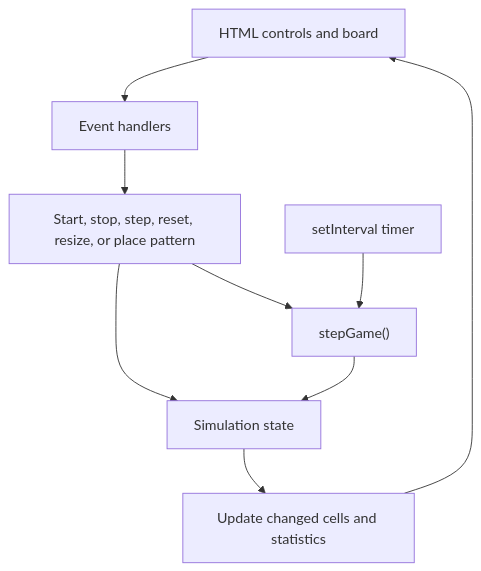
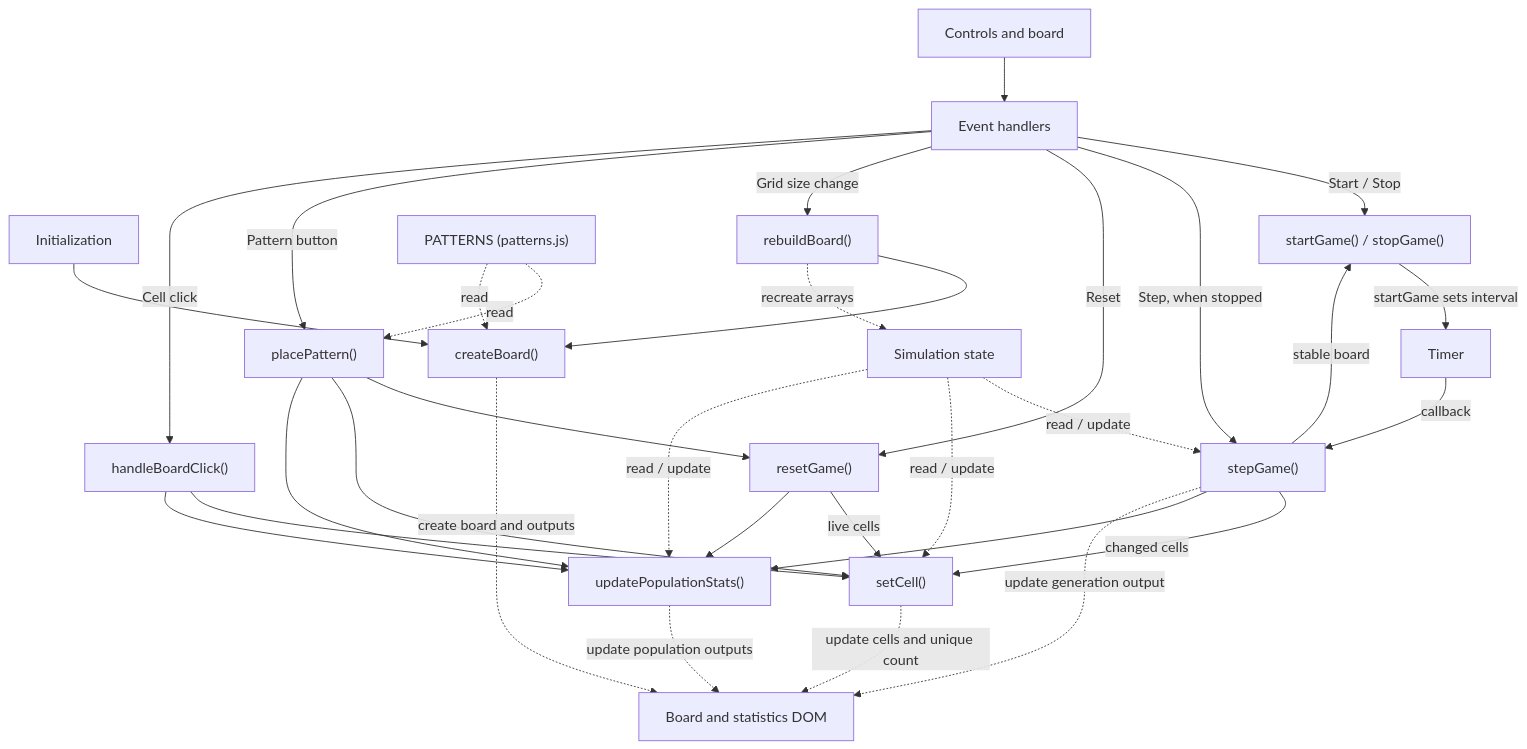
One commit to andpia/game-of-life changed the diagram in ARCHITECTURE.md. Above: the diagram before and after it, drawn with Mermaid. The commit also changed other lines of this file, not shown here.

Commit message:
Update runtime flow diagram and enhance event handling descriptions in architecture documentation

````diff
--- a/ARCHITECTURE.md
+++ b/ARCHITECTURE.md
@@ -39,11 +40,34 @@
 ```mermaid
 flowchart TD
-    UI["HTML controls and board"] --> Events["Event handlers"]
-    Events --> Actions["Start, stop, step, reset, resize, or place pattern"]
-    Actions --> State["Simulation state"]
-    Timer["setInterval timer"] --> Step["stepGame()"]
-    Actions --> Step
-    Step --> State
-    State --> Render["Update changed cells and statistics"]
-    Render --> UI
+    Init["Initialization"] --> Create["createBoard()"]
+    UI["Controls and board"] --> Handlers["Event handlers"]
+    Handlers -->|"Start / Stop"| TimerControl["startGame() / stopGame()"]
+    TimerControl -->|"startGame sets interval"| Timer["Timer"]
+    Timer -->|"callback"| Step["stepGame()"]
+    Handlers -->|"Step, when stopped"| Step
+    Handlers -->|"Reset"| Reset["resetGame()"]
+    Handlers -->|"Grid size change"| Rebuild["rebuildBoard()"]
+    Rebuild --> Create
+    Handlers -->|"Pattern button"| Place["placePattern()"]
+    Handlers -->|"Cell click"| BoardClick["handleBoardClick()"]
+    BoardClick --> Cell["setCell()"]
+    BoardClick --> Stats["updatePopulationStats()"]
+    Place --> Reset
+    Place --> Cell
+    Place --> Stats
+    Reset -->|"live cells"| Cell
+    Reset --> Stats
+    Step -->|"changed cells"| Cell
+    Step --> Stats
+    Step -->|"stable board"| TimerControl
+    Patterns["PATTERNS (patterns.js)"] -.->|"read"| Place
+    Patterns -.->|"read"| Create
+    State["Simulation state"] -.->|"read / update"| Step
+    State -.->|"read / update"| Cell
+    State -.->|"read / update"| Stats
+    Rebuild -.->|"recreate arrays"| State
+    Create -.->|"create board and outputs"| DOM["Board and statistics DOM"]
+    Cell -.->|"update cells and unique count"| DOM
+    Stats -.->|"update population outputs"| DOM
+    Step -.->|"update generation output"| DOM
 ```
````
